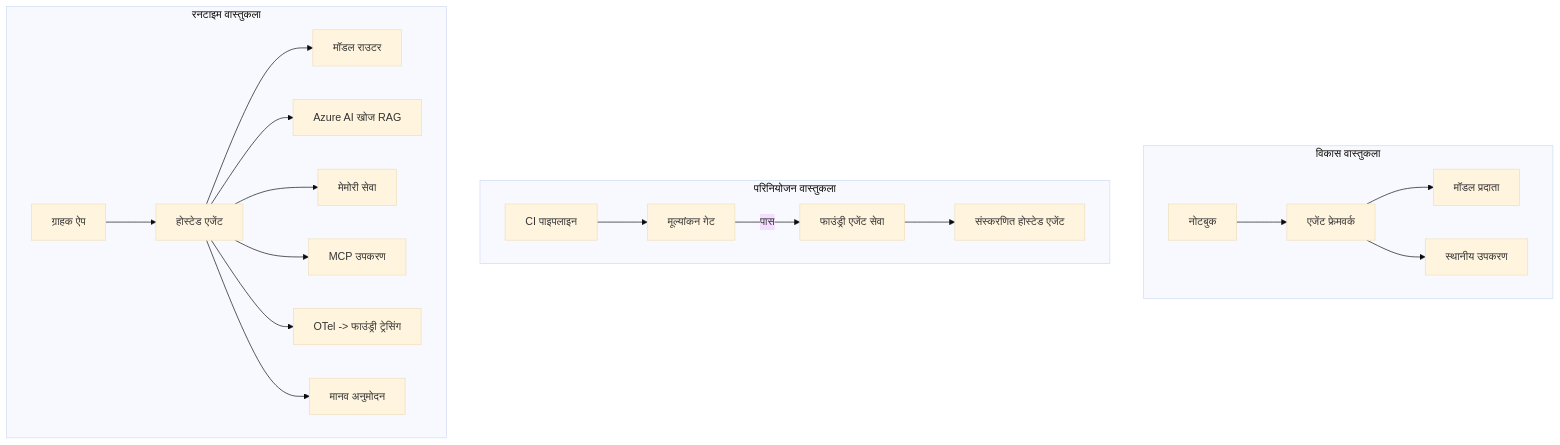
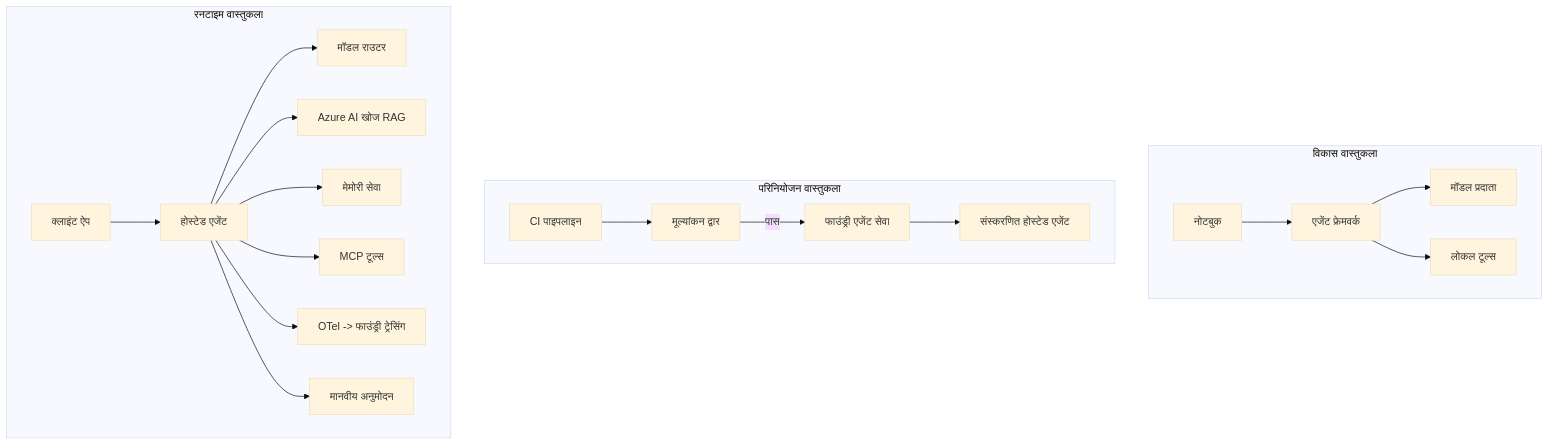
Before and after one commit to gabrielmoreira/agent-skills-mirror: the fourth of 4 diagrams in mirrors/repos/microsoft@ai-agents-for-beginners/translations/hi/16-deploying-scalable-agents/README.md, drawn with Mermaid (base theme). The commit also changed other lines of this file and 4262 other files, not shown here.

````diff
--- a/mirrors/repos/microsoft@ai-agents-for-beginners/translations/hi/16-deploying-scalable-agents/README.md
+++ b/mirrors/repos/microsoft@ai-agents-for-beginners/translations/hi/16-deploying-scalable-agents/README.md
@@ -185,22 +185,22 @@
 ```mermaid
 flowchart TB
     subgraph Dev[विकास वास्तुकला]
         D1[नोटबुक] --> D2[एजेंट फ्रेमवर्क]
         D2 --> D3[मॉडल प्रदाता]
-        D2 --> D4[स्थानीय उपकरण]
+        D2 --> D4[लोकल टूल्स]
     end
     subgraph Deploy[परिनियोजन वास्तुकला]
-        E1[CI पाइपलाइन] --> E2[मूल्यांकन गेट]
+        E1[CI पाइपलाइन] --> E2[मूल्यांकन द्वार]
         E2 -->|पास| E3[फाउंड्री एजेंट सेवा]
         E3 --> E4[संस्करणित होस्टेड एजेंट]
     end
     subgraph Run[रनटाइम वास्तुकला]
-        F1[ग्राहक ऐप] --> F2[होस्टेड एजेंट]
+        F1[क्लाइंट ऐप] --> F2[होस्टेड एजेंट]
         F2 --> F3[मॉडल राउटर]
         F2 --> F4[Azure AI खोज RAG]
         F2 --> F5[मेमोरी सेवा]
-        F2 --> F6[MCP उपकरण]
+        F2 --> F6[MCP टूल्स]
         F2 --> F7[OTel -> फाउंड्री ट्रेसिंग]
-        F2 --> F8[मानव अनुमोदन]
+        F2 --> F8[मानवीय अनुमोदन]
     end
 ```
````
